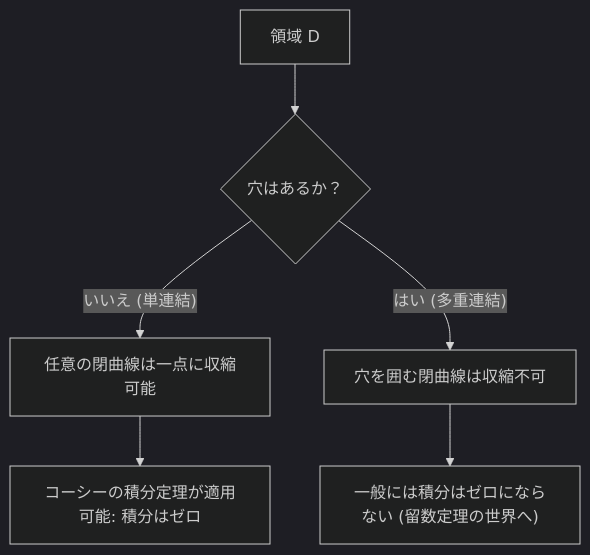
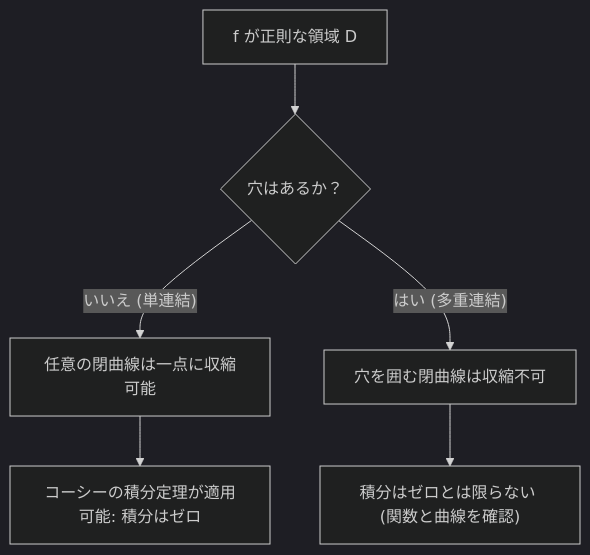
The diagram in content/post/cauchys-integral-theorem/index.md (kenjinote/blog), drawn with Mermaid (dark theme) before and after one commit. The commit also changed other lines of this file and 2 other files, not shown here.

````diff
--- a/content/post/cauchys-integral-theorem/index.md
+++ b/content/post/cauchys-integral-theorem/index.md
@@ -95,8 +95,8 @@
 ```mermaid
 flowchart TD
-    A["領域 D"] --> B{"穴はあるか？"}
+    A["f が正則な領域 D"] --> B{"穴はあるか？"}
     B -->|"いいえ (単連結)"| C["任意の閉曲線は一点に収縮可能"]
     C --> D["コーシーの積分定理が適用可能: 積分はゼロ"]
     B -->|"はい (多重連結)"| E["穴を囲む閉曲線は収縮不可"]
-    E --> F["一般には積分はゼロにならない (留数定理の世界へ)"]
+    E --> F["積分はゼロとは限らない (関数と曲線を確認)"]
 ```
````
